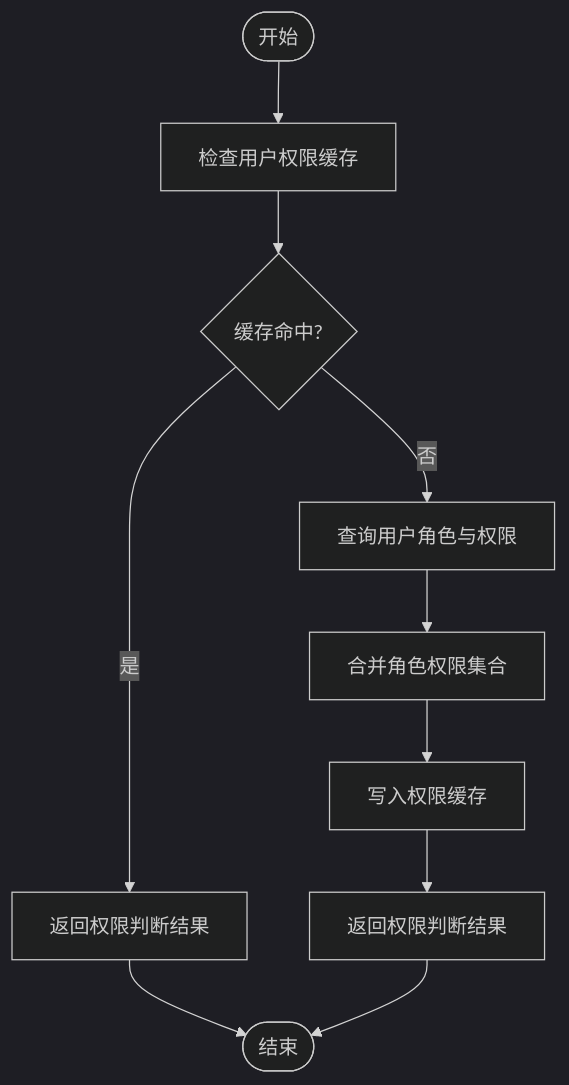
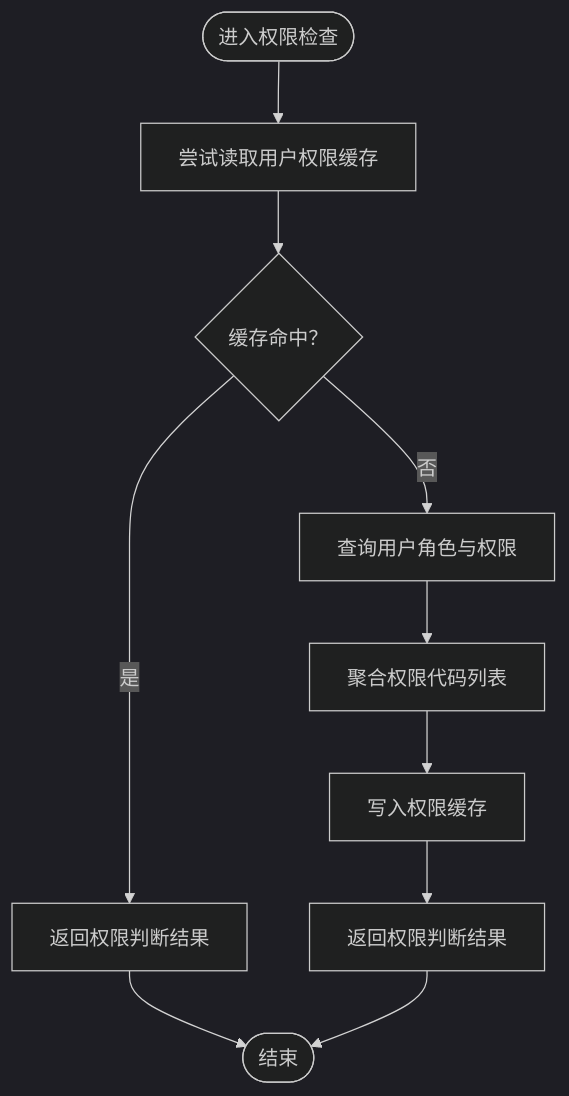
One commit to taoweidong/Hello-Django-Ninja-Api changed the fourth of 7 diagrams in .qoder/repowiki/zh/content/项目概述.md. Above: the diagram before and after it, drawn with Mermaid (dark theme). The commit also changed other lines of this file and 106 other files, not shown here.

````diff
--- a/.qoder/repowiki/zh/content/项目概述.md
+++ b/.qoder/repowiki/zh/content/项目概述.md
@@ -235,12 +205,12 @@
 ```mermaid
 flowchart TD
-Start(["开始"]) --> CheckCache["检查用户权限缓存"]
-CheckCache --> HasCache{"缓存命中?"}
+Start(["进入权限检查"]) --> GetCache["尝试读取用户权限缓存"]
+GetCache --> HasCache{"缓存命中？"}
 HasCache --> |是| ReturnCache["返回权限判断结果"]
-HasCache --> |否| LoadDB["查询用户角色与权限"]
-LoadDB --> BuildPerms["合并角色权限集合"]
-BuildPerms --> SetCache["写入权限缓存"]
+HasCache --> |否| LoadFromDB["查询用户角色与权限"]
+LoadFromDB --> Aggregate["聚合权限代码列表"]
+Aggregate --> SetCache["写入权限缓存"]
 SetCache --> ReturnDB["返回权限判断结果"]
 ReturnCache --> End(["结束"])
 ReturnDB --> End
 ```
````
